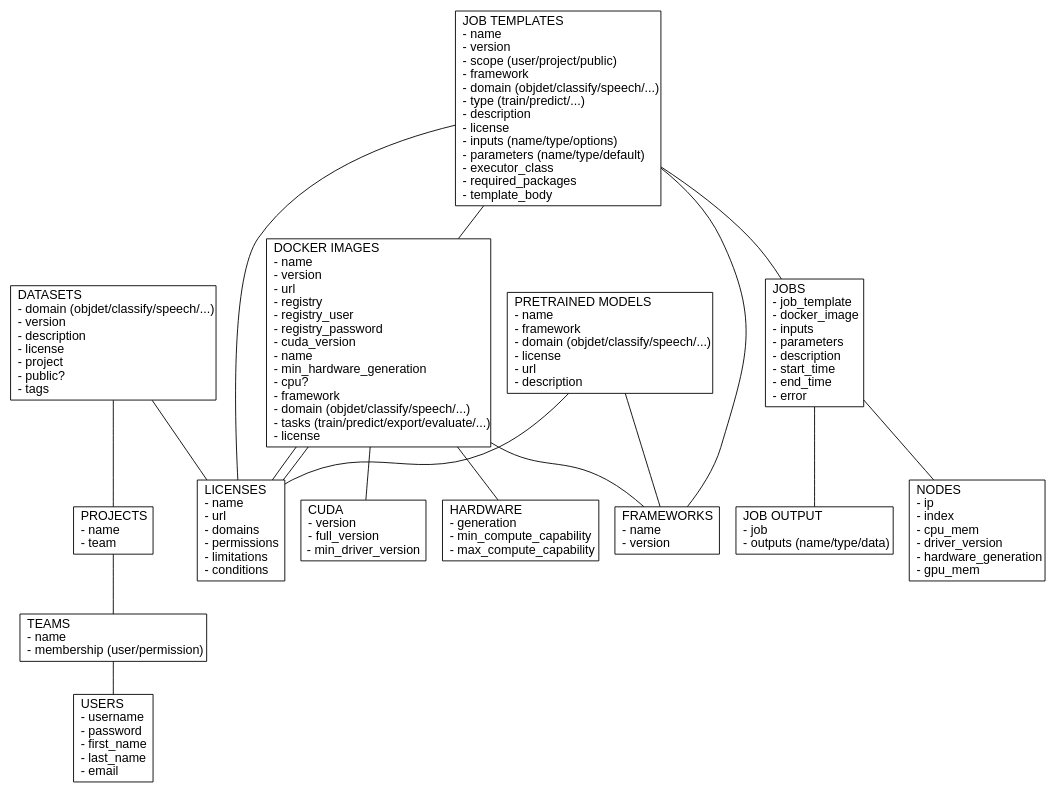
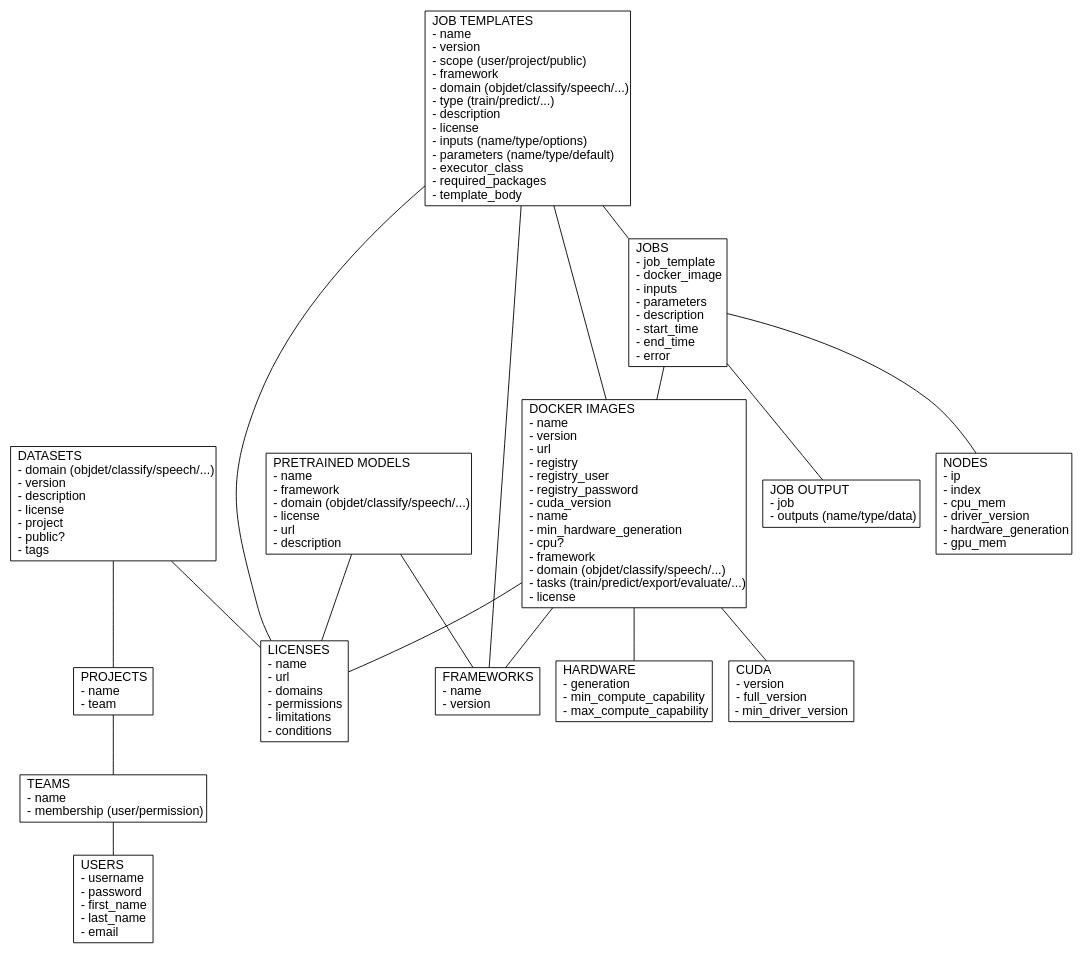
The diagram in docs/img/api.dot (waikato-ufdl/ufdl-api), drawn with Graphviz before and after one commit. The commit also changed 1 other file, not shown here.

```diff
--- a/docs/img/api.dot
+++ b/docs/img/api.dot
@@ -1,39 +1,39 @@
 graph {
 
   node [shape=record fontname=Arial];
 
   users [label = "USERS\l- username\l- password\l- first_name\l- last_name\l- email\l"];
   teams [label = "TEAMS\l- name\l- membership (user/permission)\l"];
   projects [label = "PROJECTS\l- name\l- team\l"];
   licenses [label = "LICENSES\l- name\l- url\l- domains\l- permissions\l- limitations\l- conditions\l"];
 
   cuda [label = "CUDA\l- version\l- full_version\l- min_driver_version"];
   docker_images [label = "DOCKER IMAGES\l- name\l- version\l- url\l- registry\l- registry_user\l- registry_password\l- cuda_version\l- name\l- min_hardware_generation\l- cpu?\l- framework\l- domain (objdet/classify/speech/...)\l- tasks (train/predict/export/evaluate/...)\l- license\l"];
   frameworks [label = "FRAMEWORKS\l- name\l- version\l"];
   hardware [label = "HARDWARE\l- generation\l- min_compute_capability\l- max_compute_capability\l"];
   nodes [label = "NODES\l- ip\l- index\l- cpu_mem\l- driver_version\l- hardware_generation\l- gpu_mem\l"];
 
   datasets [label = "DATASETS\l- domain (objdet/classify/speech/...)\l- version\l- description\l- license\l- project\l- public?\l- tags\l"];
   pretrained_models [label = "PRETRAINED MODELS\l- name\l- framework\l- domain (objdet/classify/speech/...)\l- license\l- url\l- description\l"];
   job_templates [label = "JOB TEMPLATES\l- name\l- version\l- scope (user/project/public)\l- framework\l- domain (objdet/classify/speech/...)\l- type (train/predict/...)\l- description\l- license\l- inputs (name/type/options)\l- parameters (name/type/default)\l- executor_class\l- required_packages\l- template_body\l"];
   jobs [label = "JOBS\l- job_template\l- docker_image\l- inputs\l- parameters\l- description\l- start_time\l- end_time\l- error\l"];
   job_output [label = "JOB OUTPUT\l- job\l- outputs (name/type/data)\l"];
 
   teams -- users;
   projects -- teams;
   datasets -- licenses;
   datasets -- projects;
   pretrained_models -- frameworks;
   pretrained_models -- licenses;
-  docker_images -- licenses;
   docker_images -- cuda;
   docker_images -- hardware;
   docker_images -- frameworks;
   docker_images -- licenses;
   job_templates -- jobs;
   job_templates -- licenses;
   job_templates -- frameworks;
   job_templates -- docker_images;
   jobs -- job_output;
   jobs -- nodes;
+  jobs -- docker_images;
 }
```
